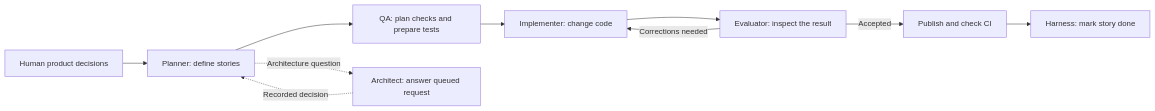
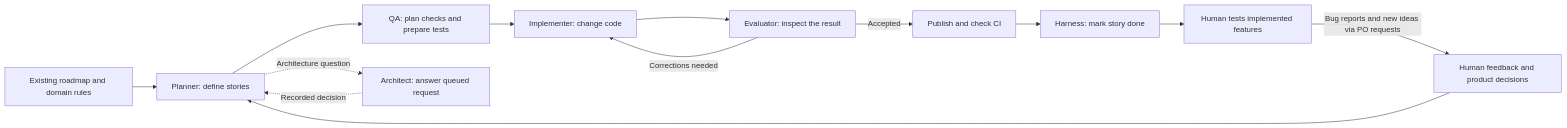
The diagram in agent/README.md (Nebettadjsr/GW2), drawn with Mermaid before and after one commit. The commit also changed other lines of this file and 5 other files, not shown here.

Commit message:
docs: restore project history and human feedback intent

````diff
--- a/agent/README.md
+++ b/agent/README.md
@@ -7,12 +7,15 @@
 ```mermaid
 flowchart LR
-    H[Human product decisions] --> P[Planner: define stories]
+    R[Existing roadmap and domain rules] --> P[Planner: define stories]
+    H[Human feedback and product decisions] --> P
     P --> Q[QA: plan checks and prepare tests]
     Q --> C[Implementer: change code]
     C --> E[Evaluator: inspect the result]
     E -->|Corrections needed| C
     E -->|Accepted| CI[Publish and check CI]
     CI --> D[Harness: mark story done]
+    D --> T[Human tests implemented features]
+    T -->|Bug reports and new ideas via PO requests| H
     P -. Architecture question .-> A[Architect: answer queued request]
     A -. Recorded decision .-> P
 ```
````
